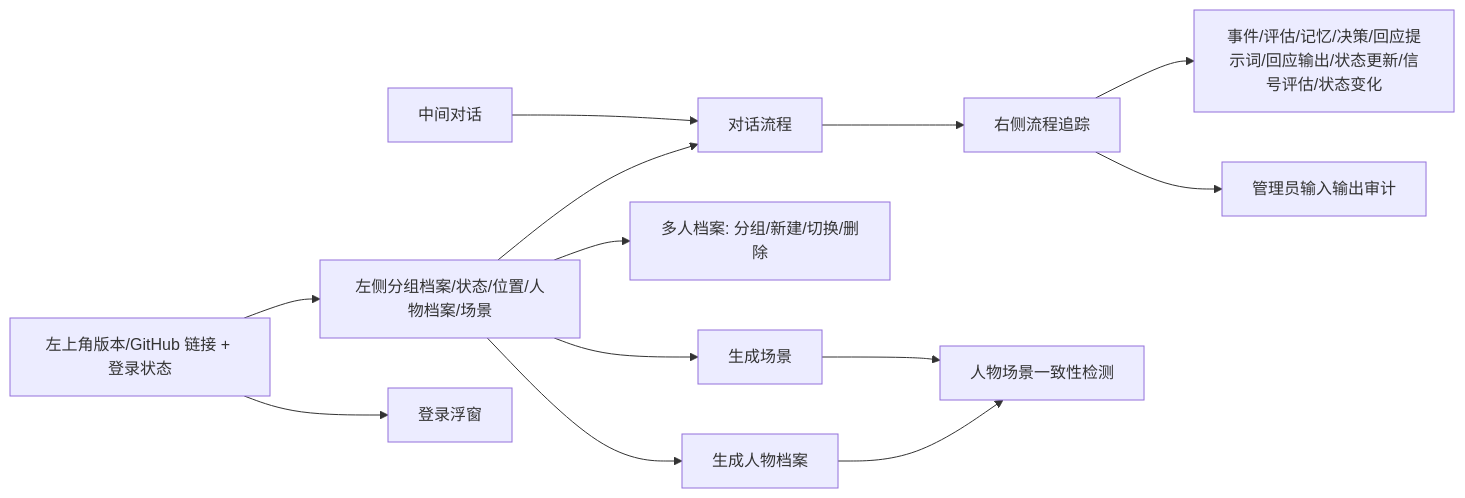
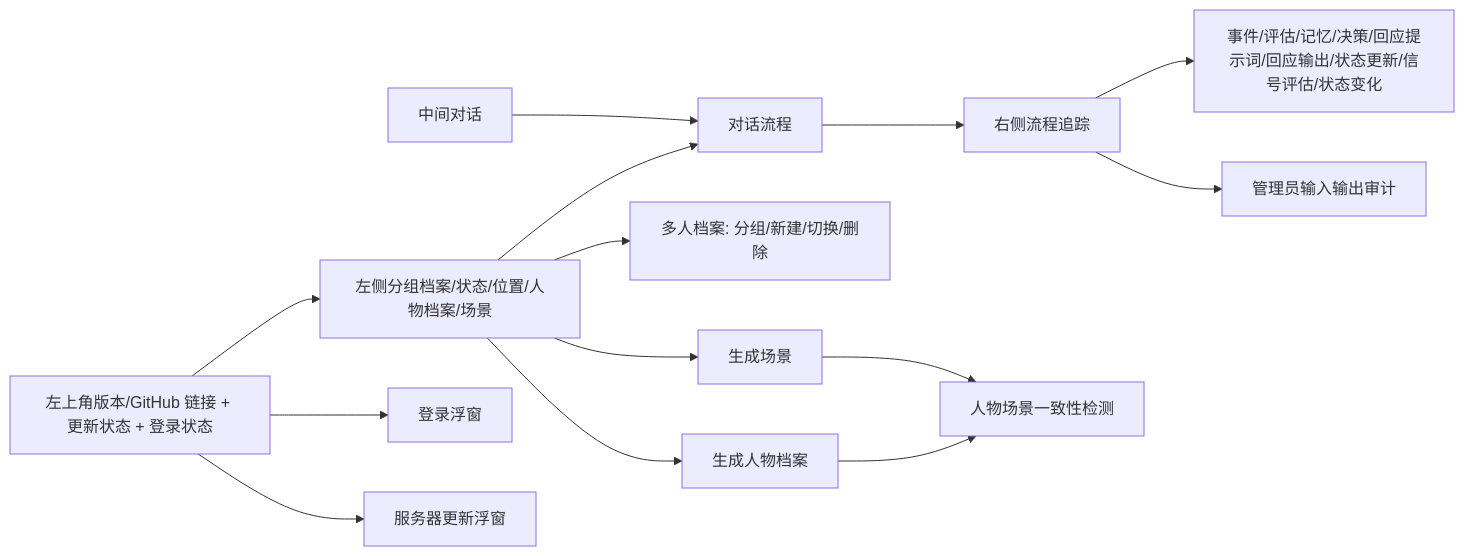
Diagram 30 of 30 in docs/SYSTEM_FLOW.md (ttmanthatman/virtual-human-flow), drawn with Mermaid before and after one commit. The commit also changed other lines of this file and 13 other files, not shown here.

````diff
--- a/docs/SYSTEM_FLOW.md
+++ b/docs/SYSTEM_FLOW.md
@@ -653,15 +655,16 @@
 ```mermaid
 flowchart LR
-    TOP[左上角版本/GitHub 链接 + 登录状态] --> LEFT
+    TOP[左上角版本/GitHub 链接 + 更新状态 + 登录状态] --> LEFT
     LEFT[左侧分组档案/状态/位置/人物档案/场景] --> PIPE[对话流程]
     CHAT[中间对话] --> PIPE
     PIPE --> TRACE[右侧流程追踪]
     TRACE --> JSON[事件/评估/记忆/决策/回应提示词/回应输出/状态更新/信号评估/状态变化]
     TRACE --> AUDIT[管理员输入输出审计]
     TOP --> LOGIN[登录浮窗]
+    TOP --> UPDATE[服务器更新浮窗]
     LEFT --> DOS[多人档案: 分组/新建/切换/删除]
     LEFT --> GEN1[生成人物档案]
     LEFT --> GEN2[生成场景]
     GEN1 --> FIT[人物场景一致性检测]
     GEN2 --> FIT
 ```
````
